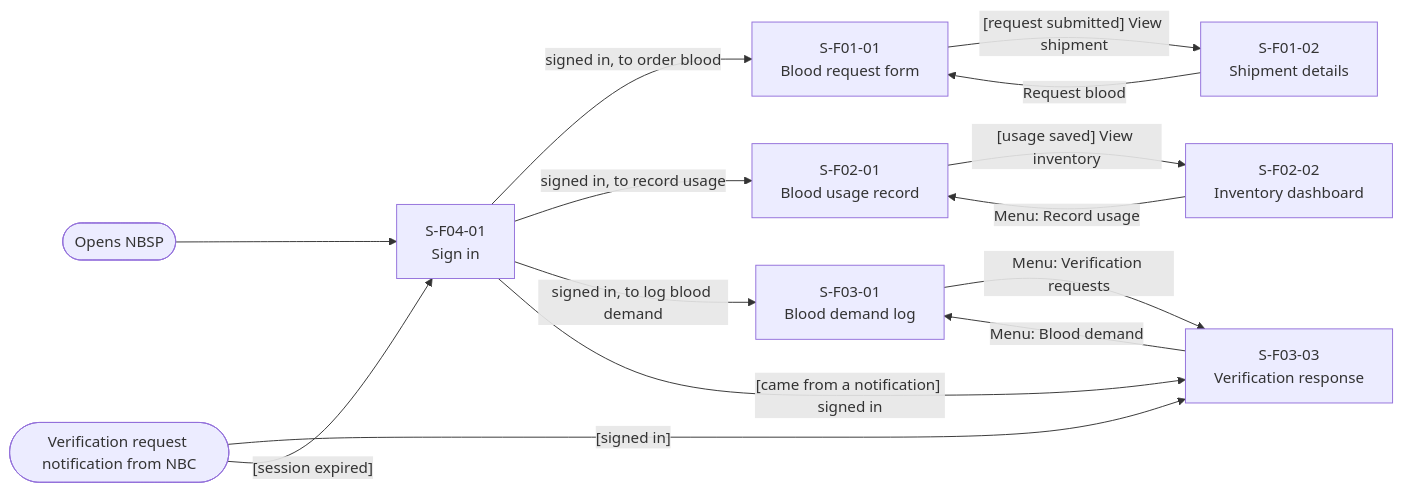
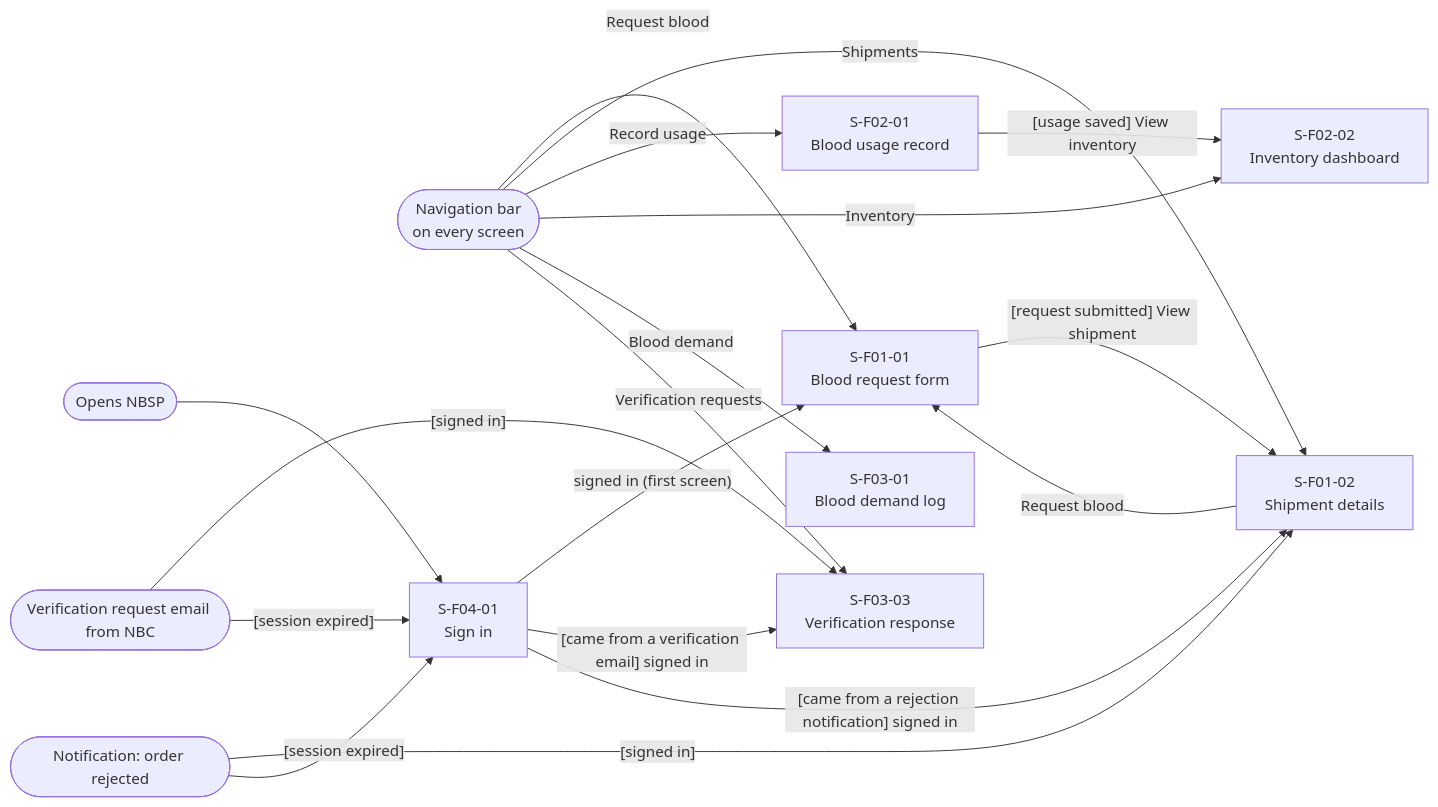
The first of 4 diagrams in external-design/screen-transition/screen-transition.md (Nhan2772/DBIZ2-GROUPC-NationalBloodSupplyPlatform), drawn with Mermaid before and after one commit.

Commit message:
Enhance screen transition flowchart with new navigation
Updated flowchart to include additional navigation options and clarified transitions from various screens.

````diff
--- a/external-design/screen-transition/screen-transition.md
+++ b/external-design/screen-transition/screen-transition.md
@@ -9,25 +9,31 @@
 ```mermaid
 flowchart LR
   entry(["Opens NBSP"])
-  notif(["Verification request notification from NBC"])
+  notif(["Verification request email from NBC"])
+  rej(["Notification: order rejected"])
+  nav(["Navigation bar<br>on every screen"])
   S04_01["S-F04-01<br>Sign in"]
   S01_01["S-F01-01<br>Blood request form"]
   S01_02["S-F01-02<br>Shipment details"]
   S02_01["S-F02-01<br>Blood usage record"]
   S02_02["S-F02-02<br>Inventory dashboard"]
   S03_01["S-F03-01<br>Blood demand log"]
   S03_03["S-F03-03<br>Verification response"]
   entry --> S04_01
-  S04_01 -->|"signed in, to order blood"| S01_01
-  S04_01 -->|"signed in, to record usage"| S02_01
-  S04_01 -->|"signed in, to log blood demand"| S03_01
+  S04_01 -->|"signed in (first screen)"| S01_01
   S01_01 -->|"[request submitted] View shipment"| S01_02
   S01_02 -->|"Request blood"| S01_01
+  nav -->|"Request blood"| S01_01
+  nav -->|"Shipments"| S01_02
+  nav -->|"Record usage"| S02_01
+  nav -->|"Inventory"| S02_02
+  nav -->|"Blood demand"| S03_01
+  nav -->|"Verification requests"| S03_03
   S02_01 -->|"[usage saved] View inventory"| S02_02
-  S02_02 -->|"Menu: Record usage"| S02_01
-  S03_01 -->|"Menu: Verification requests"| S03_03
-  S03_03 -->|"Menu: Blood demand"| S03_01
   notif -->|"[signed in]"| S03_03
   notif -->|"[session expired]"| S04_01
-  S04_01 -->|"[came from a notification] signed in"| S03_03
+  S04_01 -->|"[came from a verification email] signed in"| S03_03
+  rej -->|"[signed in]"| S01_02
+  rej -->|"[session expired]"| S04_01
+  S04_01 -->|"[came from a rejection notification] signed in"| S01_02
 ```
````
